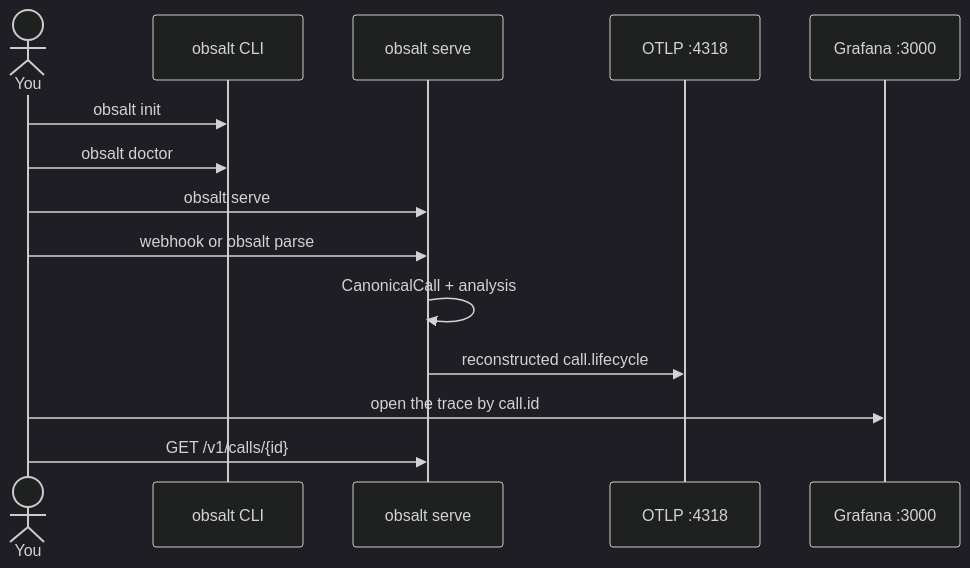
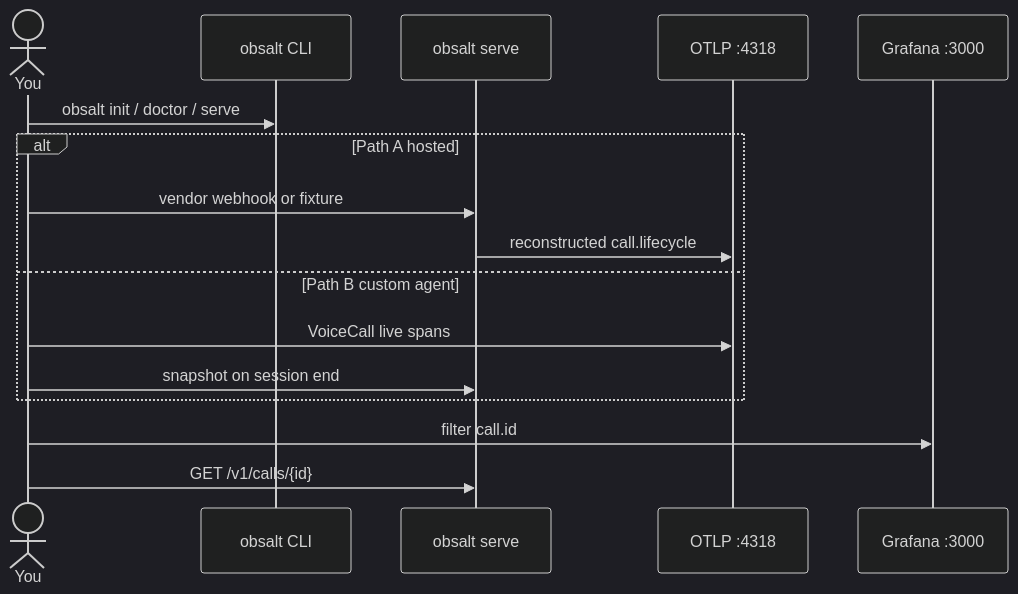
Before and after one commit to obsalt/obsalt-legacy: the diagram in docs/getting-started.md, drawn with Mermaid (dark theme). The commit also changed other lines of this file and 50 other files, not shown here.

First line of the commit message:
Separate hosted vs Pipecat paths and unify the custom-agent SDK

````diff
--- a/docs/getting-started.md
+++ b/docs/getting-started.md
@@ -16,17 +14,19 @@
 ```mermaid
 sequenceDiagram
   actor You
   participant CLI as obsalt CLI
   participant API as obsalt serve
   participant OTLP as OTLP :4318
   participant Grafana as Grafana :3000
 
-  You->>CLI: obsalt init
-  You->>CLI: obsalt doctor
-  You->>API: obsalt serve
-  You->>API: webhook or obsalt parse
-  API->>API: CanonicalCall + analysis
-  API->>OTLP: reconstructed call.lifecycle
-  You->>Grafana: open the trace by call.id
+  You->>CLI: obsalt init / doctor / serve
+  alt Path A hosted
+    You->>API: vendor webhook or fixture
+    API->>OTLP: reconstructed call.lifecycle
+  else Path B custom agent
+    You->>OTLP: VoiceCall live spans
+    You->>API: snapshot on session end
+  end
+  You->>Grafana: filter call.id
   You->>API: GET /v1/calls/{id}
 ```
````
